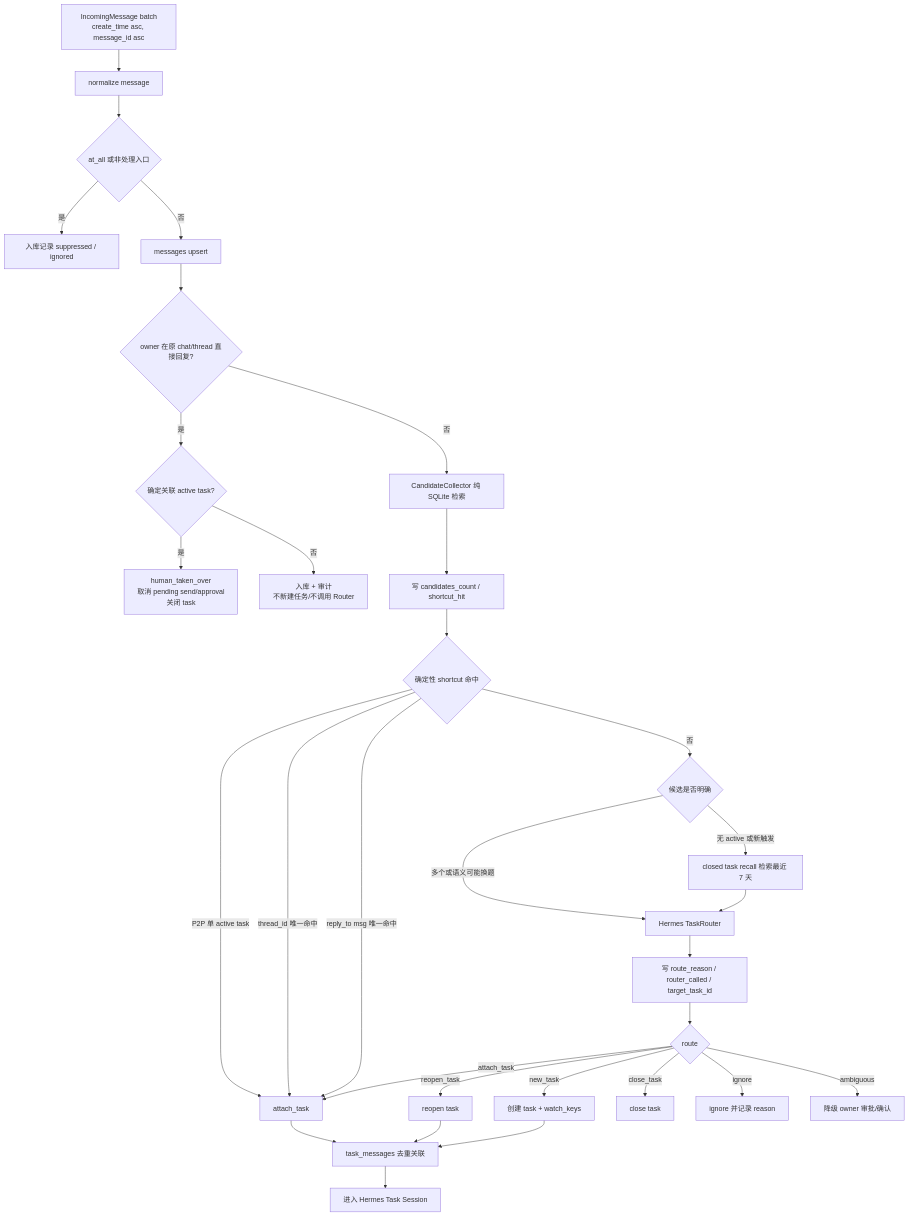
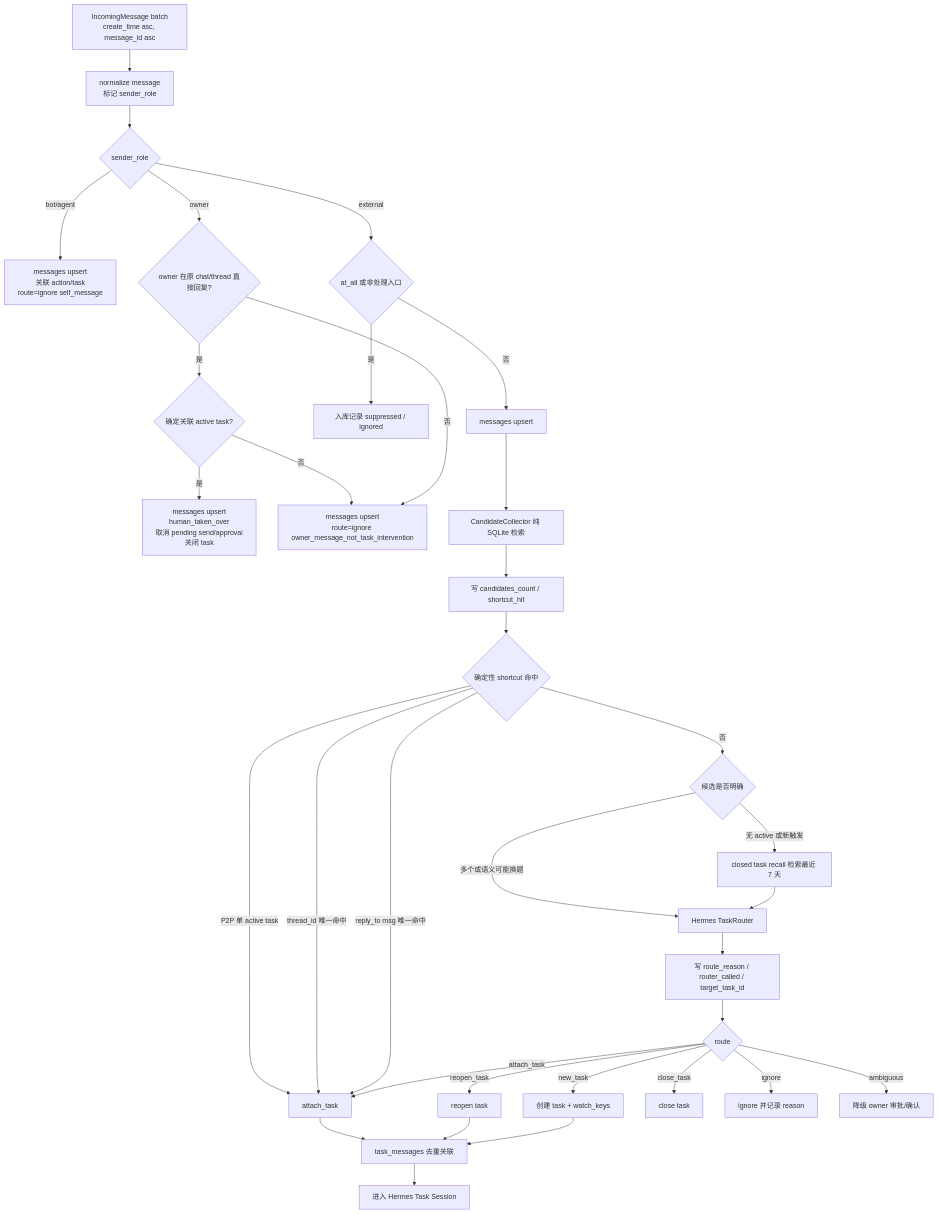
Before and after one commit to wufei-png/feishu-shadow-agent: the third of 7 diagrams in docs/specs/feishu-shadow-agent-flows.md, drawn with Mermaid. The commit also changed other lines of this file and 1 other file, not shown here.

Commit message:
docs: clarify message loop guard

````diff
--- a/docs/specs/feishu-shadow-agent-flows.md
+++ b/docs/specs/feishu-shadow-agent-flows.md
@@ -98,38 +98,40 @@
 ```mermaid
 flowchart TD
-  Incoming["IncomingMessage batch<br/>create_time asc, message_id asc"] --> Normalize["normalize message"]
-  Normalize --> Suppressed{"at_all 或非处理入口"}
+  Incoming["IncomingMessage batch<br/>create_time asc, message_id asc"] --> Normalize["normalize message<br/>标记 sender_role"]
+  Normalize --> SenderRole{"sender_role"}
+  SenderRole -->|bot/agent| SelfAudit["messages upsert<br/>关联 action/task<br/>route=ignore self_message"]
+  SenderRole -->|owner| OwnerCheck{"owner 在原 chat/thread 直接回复?"}
+  OwnerCheck -->|是| OwnerRelated{"确定关联 active task?"}
+  OwnerRelated -->|是| HumanTakeover["messages upsert<br/>human_taken_over<br/>取消 pending send/approval<br/>关闭 task"]
+  OwnerRelated -->|否| OwnerAudit["messages upsert<br/>route=ignore owner_message_not_task_intervention"]
+  OwnerCheck -->|否| OwnerAudit
+  SenderRole -->|external| Suppressed{"at_all 或非处理入口"}
   Suppressed -->|是| RecordSuppressed["入库记录 suppressed / ignored"]
   Suppressed -->|否| SaveMsg["messages upsert"]
-
-  SaveMsg --> OwnerCheck{"owner 在原 chat/thread 直接回复?"}
-  OwnerCheck -->|是| OwnerRelated{"确定关联 active task?"}
-  OwnerRelated -->|是| HumanTakeover["human_taken_over<br/>取消 pending send/approval<br/>关闭 task"]
-  OwnerRelated -->|否| OwnerAudit["入库 + 审计<br/>不新建任务/不调用 Router"]
-  OwnerCheck -->|否| CandidateCollector["CandidateCollector 纯 SQLite 检索"]
+  SaveMsg --> CandidateCollector["CandidateCollector 纯 SQLite 检索"]
 
   CandidateCollector --> MatchAudit["写 candidates_count / shortcut_hit"]
   MatchAudit --> Deterministic{"确定性 shortcut 命中"}
   Deterministic -->|P2P 单 active task| Attach["attach_task"]
   Deterministic -->|thread_id 唯一命中| Attach
   Deterministic -->|reply_to msg 唯一命中| Attach
 
   Deterministic -->|否| CandidateCount{"候选是否明确"}
   CandidateCount -->|无 active 或新触发| Historical["closed task recall 检索最近 7 天"]
   CandidateCount -->|多个或语义可能换题| TaskRouter["Hermes TaskRouter"]
   Historical --> TaskRouter
 
   TaskRouter --> RouterAudit["写 route_reason / router_called / target_task_id"]
   RouterAudit --> Route{"route"}
   Route -->|new_task| NewTask["创建 task + watch_keys"]
   Route -->|attach_task| Attach
   Route -->|reopen_task| Reopen["reopen task"]
   Route -->|close_task| Close["close task"]
   Route -->|ignore| Ignore["ignore 并记录 reason"]
   Route -->|ambiguous| Approval["降级 owner 审批/确认"]
 
   Attach --> Include["task_messages 去重关联"]
   Reopen --> Include
   NewTask --> Include
   Include --> TaskSession["进入 Hermes Task Session"]
 ```
````
